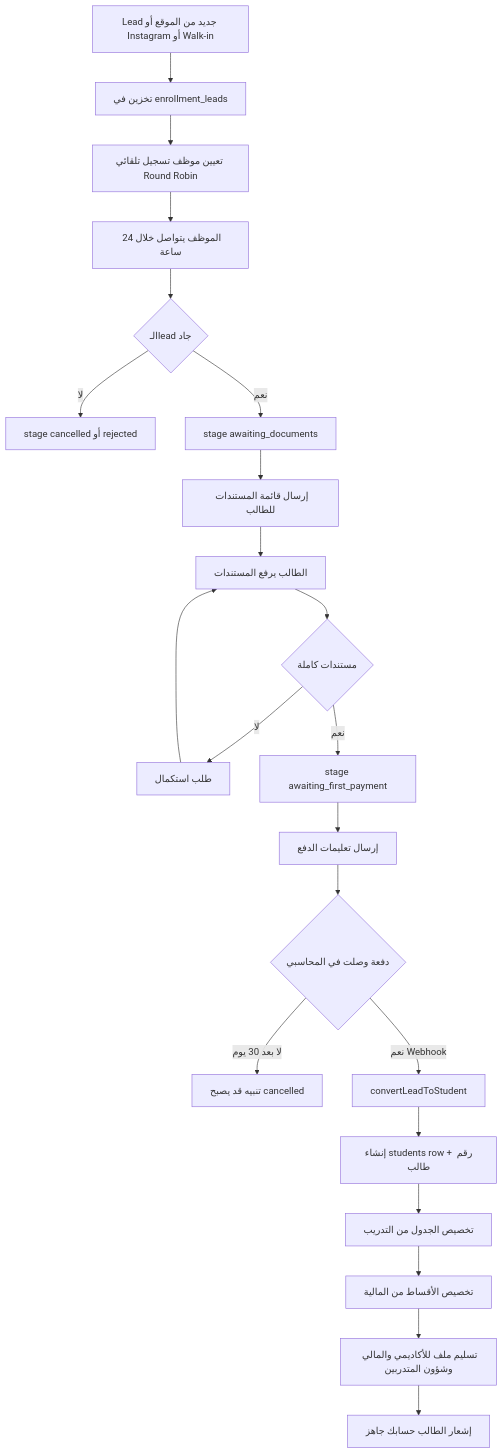
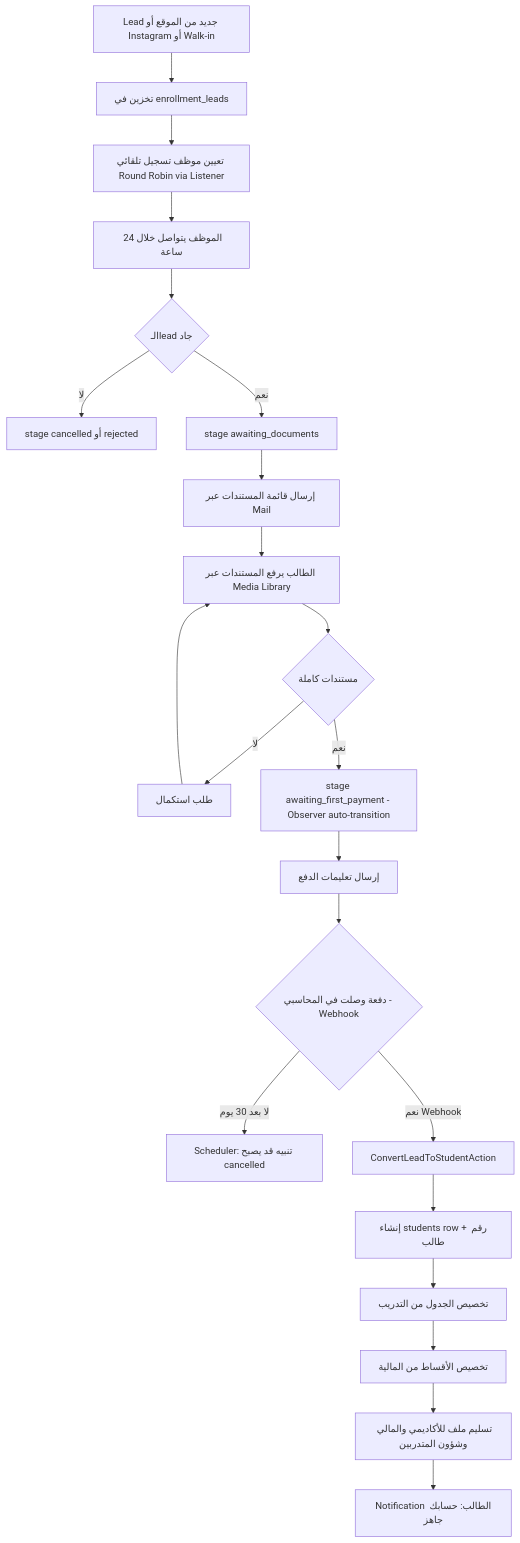
Before and after one commit to alharbib902-del/technical-handover: diagram 16 of 18 in مسودات-الوكلاء/الجزء-02-الموديولات-والمنطق-التجاري.md, drawn with Mermaid. The commit also changed other lines of this file and 22 other files, not shown here.

````diff
--- a/مسودات-الوكلاء/الجزء-02-الموديولات-والمنطق-التجاري.md
+++ b/مسودات-الوكلاء/الجزء-02-الموديولات-والمنطق-التجاري.md
@@ -2845,24 +3559,24 @@
 ```mermaid
 flowchart TD
     A[Lead جديد من الموقع أو Instagram أو Walk-in] --> B[تخزين في enrollment_leads]
-    B --> C[تعيين موظف تسجيل تلقائي Round Robin]
+    B --> C[تعيين موظف تسجيل تلقائي Round Robin via Listener]
     C --> D[الموظف يتواصل خلال 24 ساعة]
     D --> E{الـlead جاد}
     E -->|لا| F[stage cancelled أو rejected]
     E -->|نعم| G[stage awaiting_documents]
-    G --> H[إرسال قائمة المستندات للطالب]
-    H --> I[الطالب يرفع المستندات]
+    G --> H[إرسال قائمة المستندات عبر Mail]
+    H --> I[الطالب يرفع المستندات عبر Media Library]
     I --> J{مستندات كاملة}
     J -->|لا| K[طلب استكمال]
     K --> I
-    J -->|نعم| L[stage awaiting_first_payment]
+    J -->|نعم| L[stage awaiting_first_payment - Observer auto-transition]
     L --> M[إرسال تعليمات الدفع]
-    M --> N{دفعة وصلت في المحاسبي}
-    N -->|لا بعد 30 يوم| O[تنبيه قد يصبح cancelled]
-    N -->|نعم Webhook| P[convertLeadToStudent]
+    M --> N{دفعة وصلت في المحاسبي - Webhook}
+    N -->|لا بعد 30 يوم| O[Scheduler: تنبيه قد يصبح cancelled]
+    N -->|نعم Webhook| P[ConvertLeadToStudentAction]
     P --> Q[إنشاء students row + رقم طالب]
     Q --> R[تخصيص الجدول من التدريب]
     R --> S[تخصيص الأقساط من المالية]
     S --> T[تسليم ملف للأكاديمي والمالي وشؤون المتدربين]
-    T --> U[إشعار الطالب حسابك جاهز]
+    T --> U[Notification الطالب: حسابك جاهز]
 ```
````
